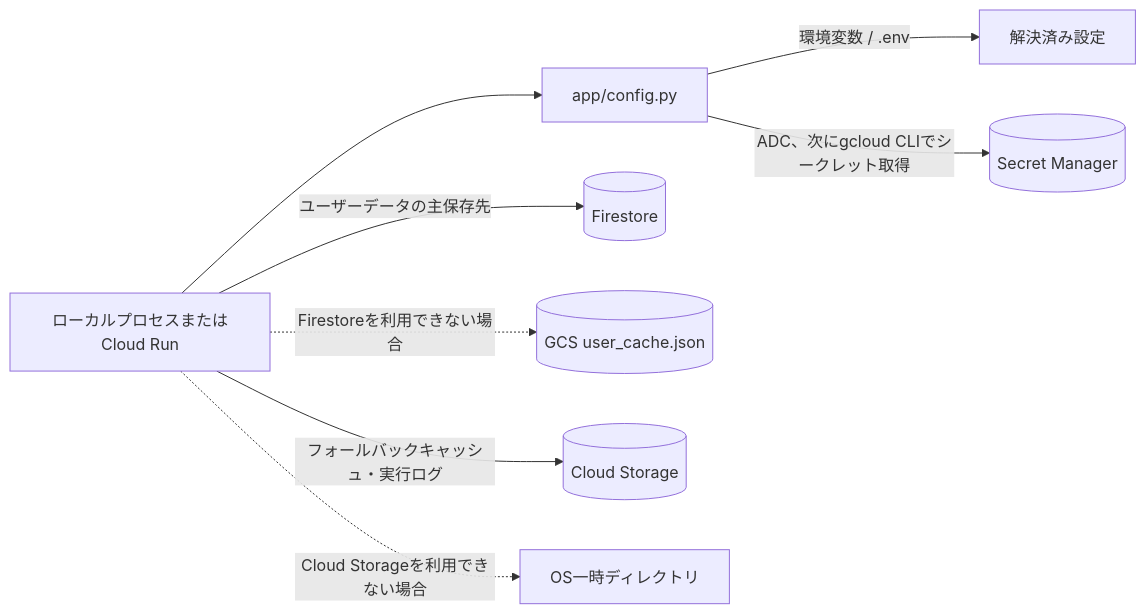
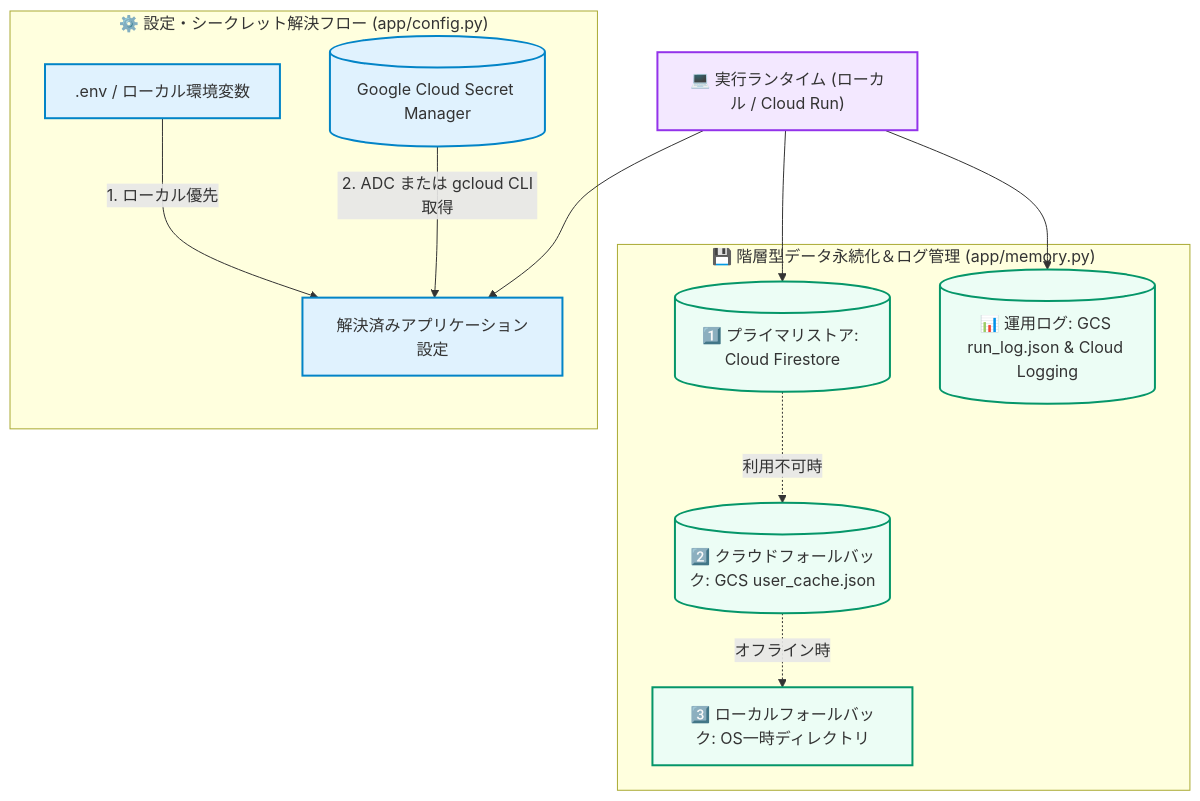
One commit to henryhyunwookim/KoreanTeacher_LINE changed the fourth of 4 diagrams in README.ja.md. Above: the diagram before and after it, drawn with Mermaid. The commit also changed other lines of this file and 1 other file, not shown here.

First line of the commit message:
docs(readme): clarify architecture and sequence flowcharts

````diff
--- a/README.ja.md
+++ b/README.ja.md
@@ -232,10 +307,31 @@
 ```mermaid
-flowchart LR
-  Runtime["ローカルプロセスまたはCloud Run"] --> Config["app/config.py"]
-  Config -->|"環境変数 / .env"| Settings["解決済み設定"]
-  Config -->|"ADC、次にgcloud CLIでシークレット取得"| Secrets[("Secret Manager")]
-  Runtime -->|"ユーザーデータの主保存先"| Firestore[("Firestore")]
-  Runtime -. "Firestoreを利用できない場合" .-> GCSCache[("GCS user_cache.json")]
-  Runtime -->|"フォールバックキャッシュ・実行ログ"| GCS[("Cloud Storage")]
-  Runtime -. "Cloud Storageを利用できない場合" .-> Temp["OS一時ディレクトリ"]
+flowchart TD
+    classDef runtime fill:#f3e8ff,stroke:#9333ea,stroke-width:2px;
+    classDef config fill:#e0f2fe,stroke:#0284c7,stroke-width:2px;
+    classDef storage fill:#ecfdf5,stroke:#059669,stroke-width:2px;
+
+    Runtime["💻 実行ランタイム (ローカル / Cloud Run)"]:::runtime
+
+    subgraph ConfigLayer ["⚙️ 設定・シークレット解決フロー (app/config.py)"]
+        Env[".env / ローカル環境変数"]:::config
+        Secrets[("Google Cloud Secret Manager")]:::config
+        Settings["解決済みアプリケーション設定"]:::config
+
+        Env -->|"1. ローカル優先"| Settings
+        Secrets -->|"2. ADC または gcloud CLI取得"| Settings
+    end
+
+    subgraph StateLayer ["💾 階層型データ永続化＆ログ管理 (app/memory.py)"]
+        Firestore[("1️⃣ プライマリストア: Cloud Firestore")]:::storage
+        GCSCache[("2️⃣ クラウドフォールバック: GCS user_cache.json")]:::storage
+        Temp["3️⃣ ローカルフォールバック: OS一時ディレクトリ"]:::storage
+        Logs[("📊 運用ログ: GCS run_log.json & Cloud Logging")]:::storage
+
+        Firestore -. "利用不可時" .-> GCSCache
+        GCSCache -. "オフライン時" .-> Temp
+    end
+
+    Runtime --> Settings
+    Runtime --> Firestore
+    Runtime --> Logs
 ```
````
